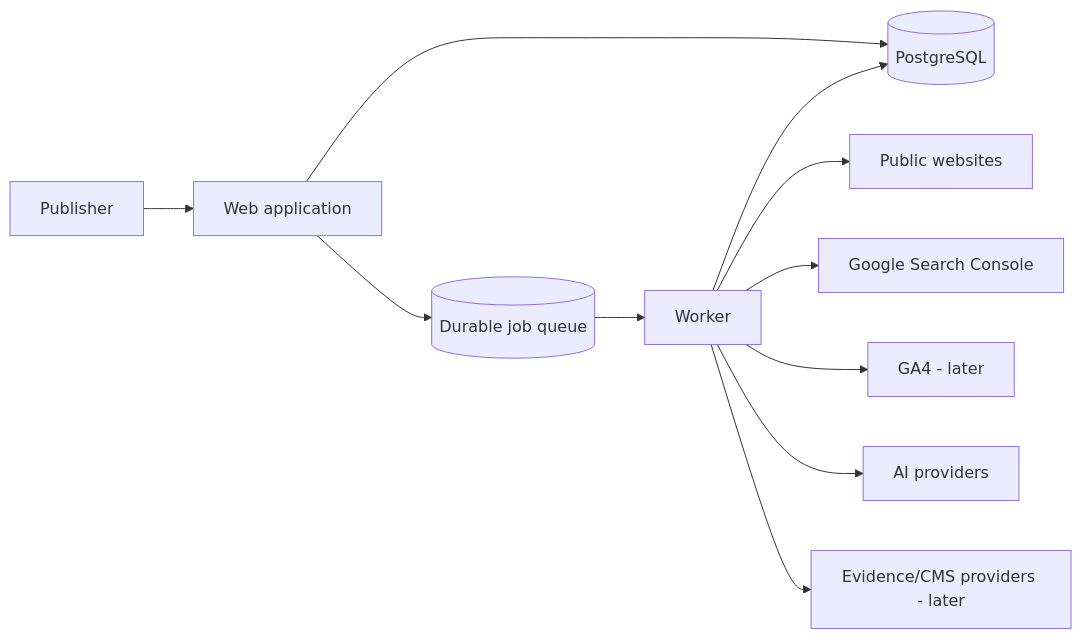
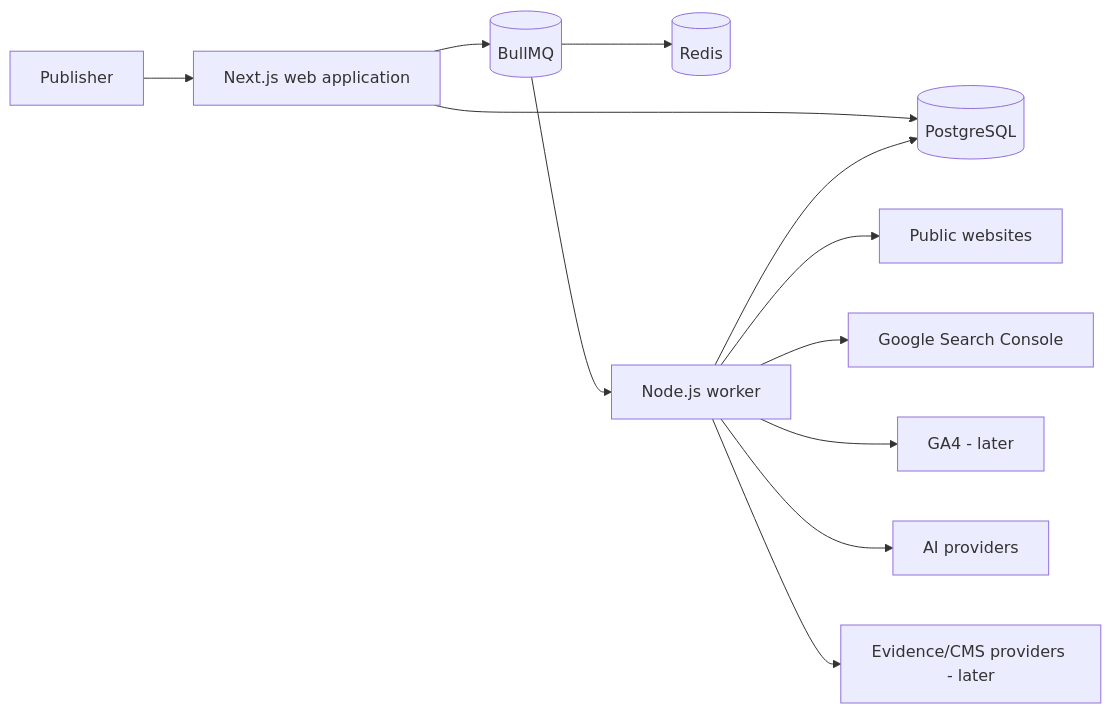
Before and after one commit to atclarkson/site-quality-audit: the first of 2 diagrams in docs/architecture.md, drawn with Mermaid. The commit also changed other lines of this file, not shown here.

Commit message:
docs: align architecture with Phase 1 decisions

````diff
--- a/docs/architecture.md
+++ b/docs/architecture.md
@@ -11,13 +11,14 @@
 ```mermaid
 flowchart LR
-  U[Publisher] --> W[Web application]
+  U[Publisher] --> W[Next.js web application]
   W --> DB[(PostgreSQL)]
-  W --> Q[(Durable job queue)]
-  Q --> WK[Worker]
+  W --> Q[(BullMQ)]
+  Q --> R[(Redis)]
+  Q --> WK[Node.js worker]
   WK --> WEB[Public websites]
   WK --> GSC[Google Search Console]
   WK --> GA[GA4 - later]
   WK --> AI[AI providers]
   WK --> EP[Evidence/CMS providers - later]
   WK --> DB
 ```
````
